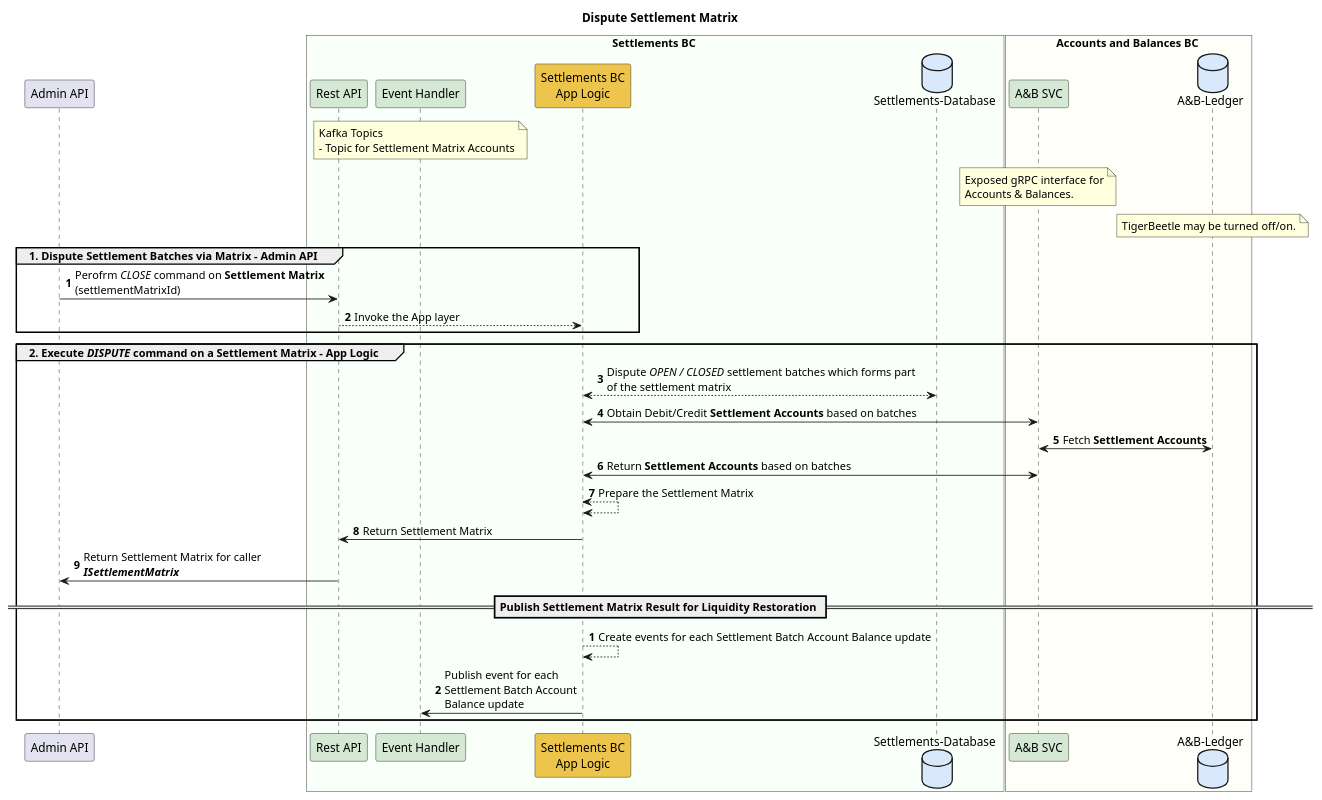
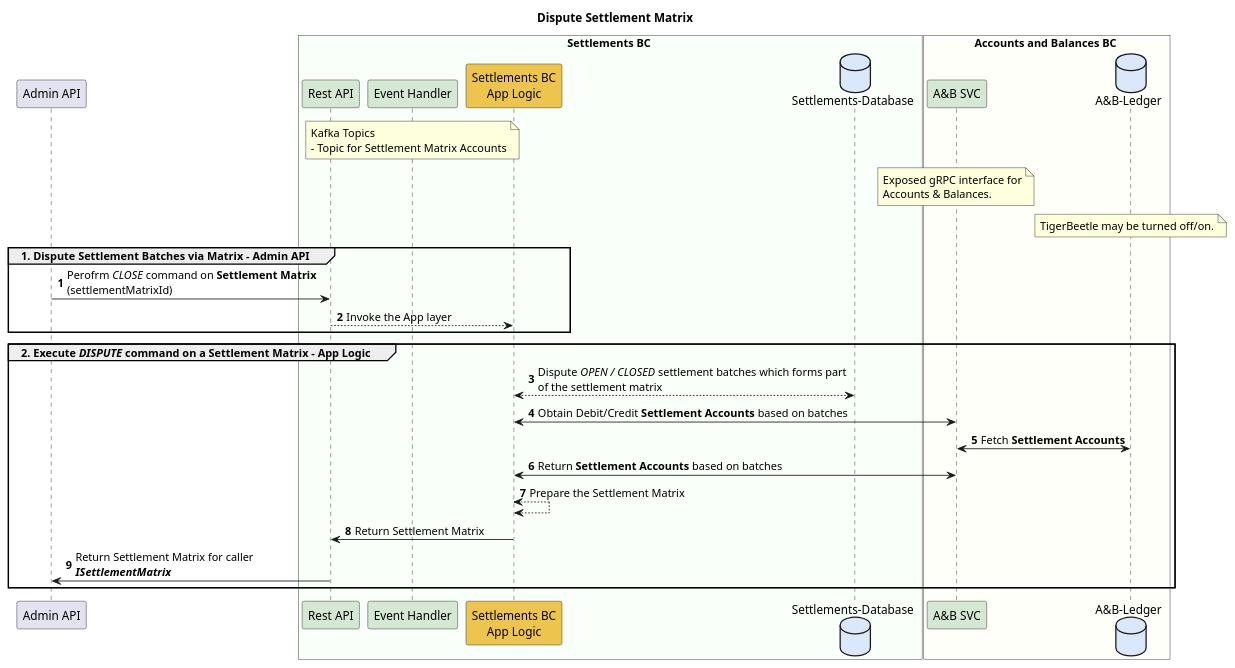
One commit to mojaloop/settlements-bc changed the diagram in docs/flows/04-settlement-matrix-dispute.puml. Above: the diagram before and after it, drawn with PlantUML. The commit also changed 1 other file, not shown here.

Commit message:
Updated docs to reflect current Settlement.

```diff
--- a/docs/flows/04-settlement-matrix-dispute.puml
+++ b/docs/flows/04-settlement-matrix-dispute.puml
@@ -1,50 +1,46 @@
 @startuml
 
 title Dispute Settlement Matrix
 
 participant "Admin API" as ext_cl
 
 box Settlements BC #F9FFF9
     participant "Rest API" as sbc_rest #D5E8D4
     participant "Event Handler" as sbc_event #D5E8D4
     note over sbc_event
         Kafka Topics
         - Topic for Settlement Matrix Accounts
     end note
     participant "Settlements BC\nApp Logic" as sbc_app_logic #EDC54D
     database "Settlements-Database" as sbc_db #DAE8FC
 end box
 
 box Accounts and Balances BC #FFFFF9
     participant "A&B SVC" as abbc_grpc #D5E8D4
     database "A&B-Ledger" as abbc_tigerbeetle #DAE8FC
     note over abbc_grpc
         Exposed gRPC interface for
         Accounts & Balances.
     end note
     note over abbc_tigerbeetle
         TigerBeetle may be turned off/on.
     end note
 end box
 
 group 1. Dispute Settlement Batches via Matrix - Admin API
 autonumber
     ext_cl -> sbc_rest : Perofrm //CLOSE// command on **Settlement Matrix**\n(settlementMatrixId)
     sbc_rest --> sbc_app_logic : Invoke the App layer
 end
 
 group 2. Execute //DISPUTE// command on a Settlement Matrix - App Logic
     sbc_app_logic <--> sbc_db : Dispute //OPEN / CLOSED// settlement batches which forms part \nof the settlement matrix
     sbc_app_logic <-> abbc_grpc : Obtain Debit/Credit **Settlement Accounts** based on batches
     abbc_grpc <-> abbc_tigerbeetle: Fetch **Settlement Accounts**
     abbc_grpc <-> sbc_app_logic : Return **Settlement Accounts** based on batches
     sbc_app_logic <--> sbc_app_logic : Prepare the Settlement Matrix
     sbc_app_logic -> sbc_rest : Return Settlement Matrix
     sbc_rest -> ext_cl : Return Settlement Matrix for caller\n**//ISettlementMatrix//**
-autonumber
-    == Publish Settlement Matrix Result for Liquidity Restoration ==
-    sbc_app_logic --> sbc_app_logic : Create events for each Settlement Batch Account Balance update
-    sbc_app_logic -> sbc_event : Publish event for each\nSettlement Batch Account\nBalance update
 end
 
 @enduml
```
